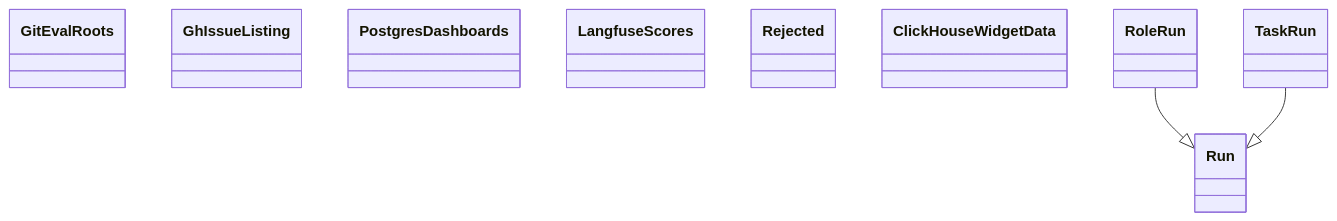
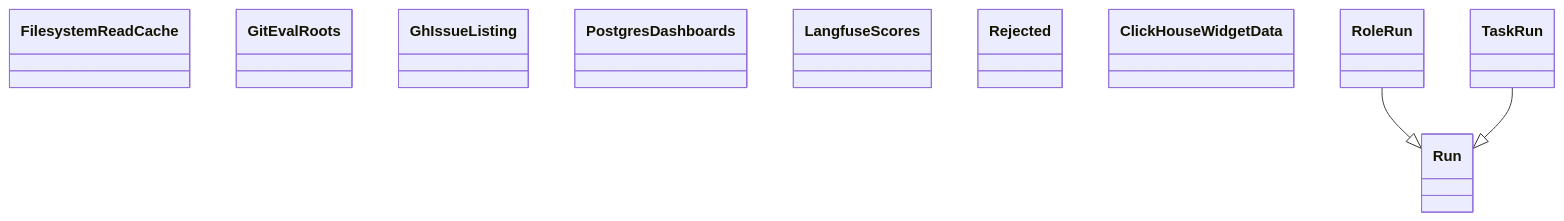
The diagram in docs/architecture/generated/classes-measurement-adapters-all.md (GonzaloZevallos/agentic-system), drawn with Mermaid before and after one commit. The commit also changed 1 other file, not shown here.

Commit message:
Regenerate the architecture docs for the filesystem read cache adapter

````diff
--- a/docs/architecture/generated/classes-measurement-adapters-all.md
+++ b/docs/architecture/generated/classes-measurement-adapters-all.md
@@ -5,14 +5,15 @@
 ```mermaid
 classDiagram
+    class filesystem__read_cache__FilesystemReadCache["FilesystemReadCache"]
     class git__eval_roots__GitEvalRoots["GitEvalRoots"]
     class github__issue_listing__GhIssueListing["GhIssueListing"]
     class langfuse__dashboards__PostgresDashboards["PostgresDashboards"]
     class langfuse__scores__LangfuseScores["LangfuseScores"]
     class langfuse__scores__Rejected["Rejected"]
     class langfuse__widget_data__ClickHouseWidgetData["ClickHouseWidgetData"]
     class otel__telemetry__RoleRun["RoleRun"]
     class otel__telemetry__Run["Run"]
     class otel__telemetry__TaskRun["TaskRun"]
     otel__telemetry__RoleRun --|> otel__telemetry__Run
     otel__telemetry__TaskRun --|> otel__telemetry__Run
 ```
````
